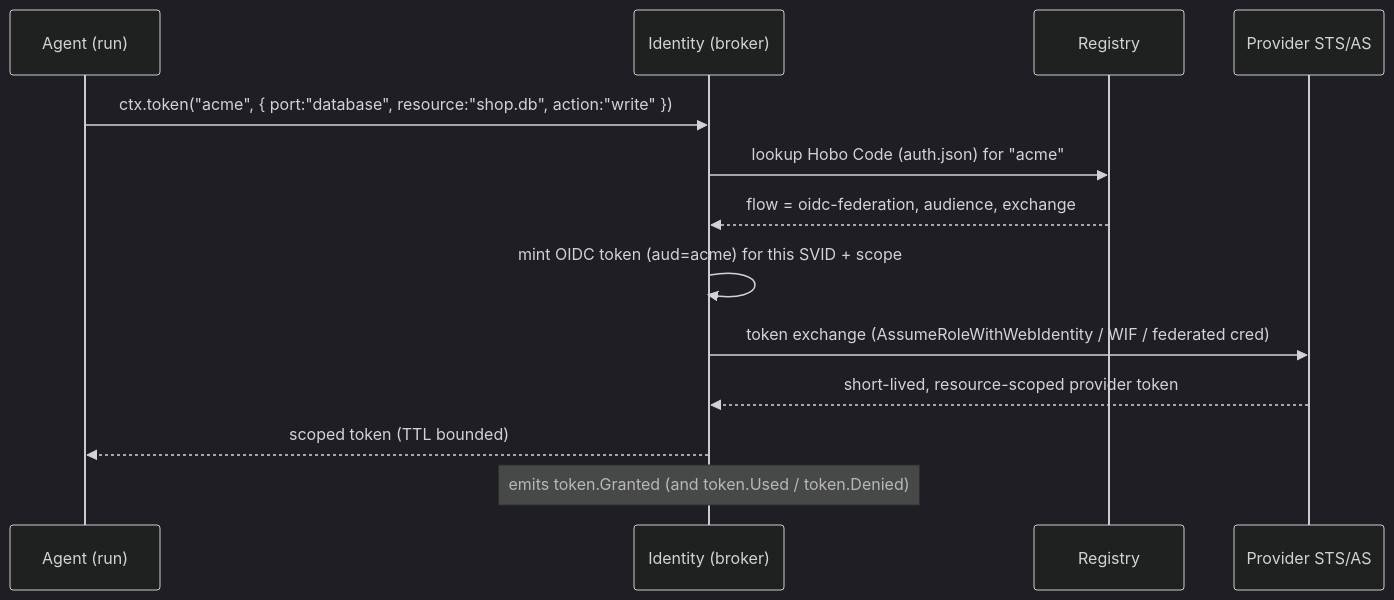
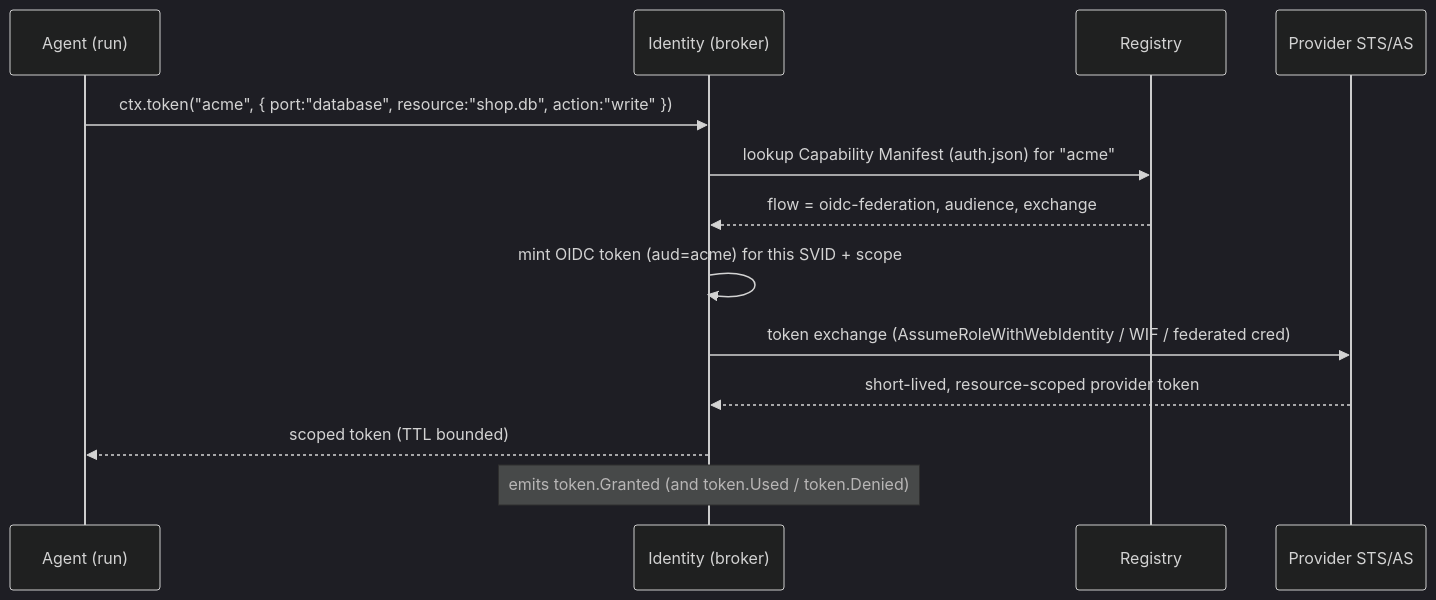
The first of 2 diagrams in docs/design/06-ai-native-agent-auth.md (Tyler-R-Kendrick/HoBo), drawn with Mermaid (dark theme) before and after one commit. The commit also changed other lines of this file and 70 other files, not shown here.

First line of the commit message:
docs(design): purge "worlds", rename Circuit→Junction, reserve "Hobo Code" for a DSL

````diff
--- a/docs/design/06-ai-native-agent-auth.md
+++ b/docs/design/06-ai-native-agent-auth.md
@@ -79,15 +79,15 @@
 ```mermaid
 sequenceDiagram
   participant A as Agent (run)
   participant ID as Identity (broker)
   participant REG as Registry
   participant P as Provider STS/AS
   A->>ID: ctx.token("acme", { port:"database", resource:"shop.db", action:"write" })
-  ID->>REG: lookup Hobo Code (auth.json) for "acme"
+  ID->>REG: lookup Capability Manifest (auth.json) for "acme"
   REG-->>ID: flow = oidc-federation, audience, exchange
   ID->>ID: mint OIDC token (aud=acme) for this SVID + scope
   ID->>P: token exchange (AssumeRoleWithWebIdentity / WIF / federated cred)
   P-->>ID: short-lived, resource-scoped provider token
   ID-->>A: scoped token (TTL bounded)
   Note over ID: emits token.Granted (and token.Used / token.Denied)
 ```
````
